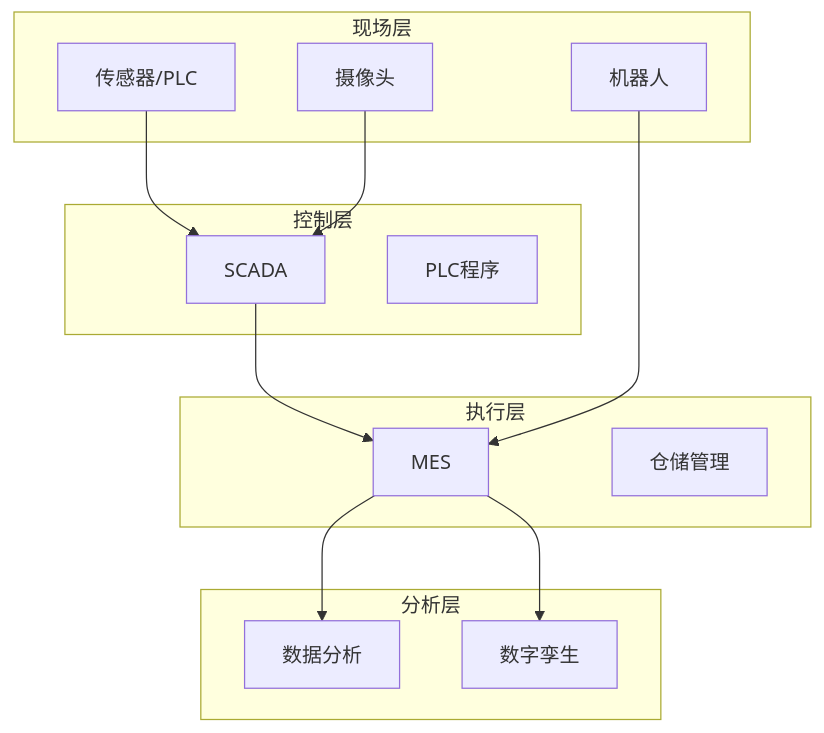
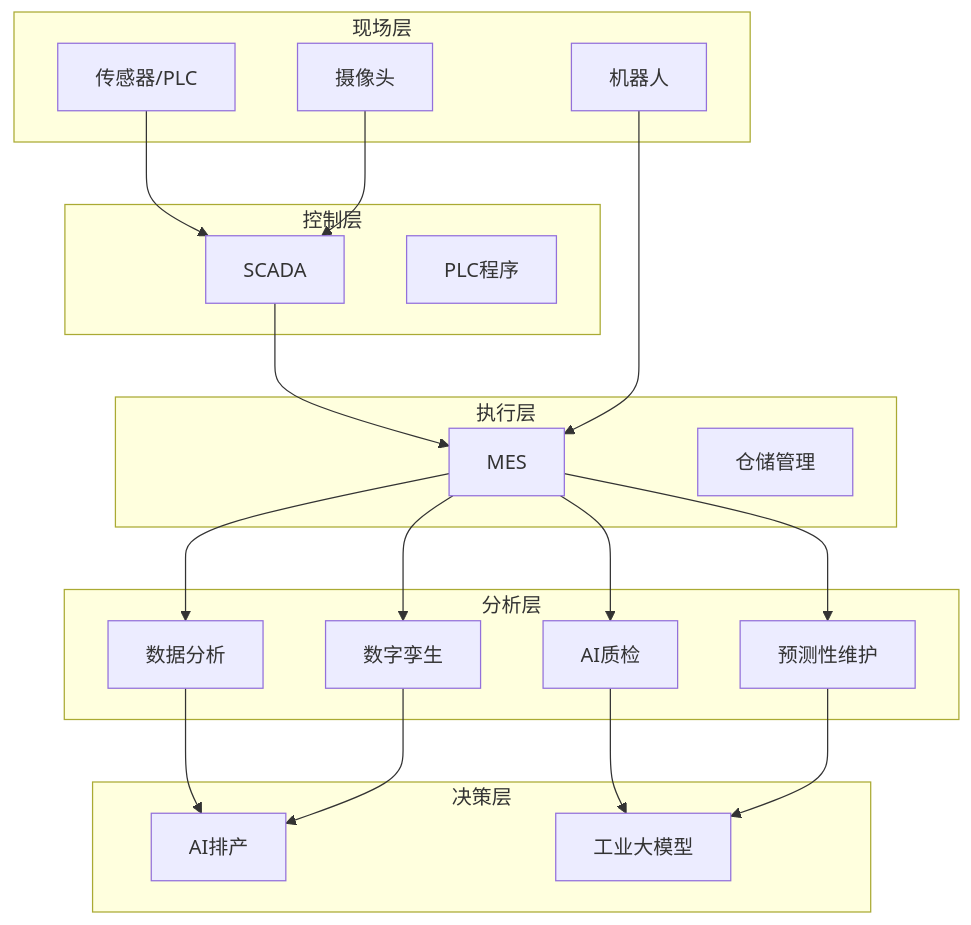
The diagram in 08_数字化与自动化/README.md (Kevinhanmin/sipai-knowledge-base), drawn with Mermaid before and after one commit. The commit also changed other lines of this file and 3 other files, not shown here.

````diff
--- a/08_数字化与自动化/README.md
+++ b/08_数字化与自动化/README.md
@@ -22,26 +24,38 @@
 ```mermaid
 graph TB
     subgraph 现场层
         S[传感器/PLC]
         R[机器人]
         C[摄像头]
     end
     subgraph 控制层
         SCADA
         PLC_P[PLC程序]
     end
     subgraph 执行层
         MES
         WMS[仓储管理]
     end
     subgraph 分析层
+        AI_QC[AI质检]
+        AI_PM[预测性维护]
         BI[数据分析]
         DT[数字孪生]
+    end
+    subgraph 决策层
+        AI_PS[AI排产]
+        AI_LLM[工业大模型]
     end
     S --> SCADA
     C --> SCADA
     SCADA --> MES
+    MES --> AI_QC
+    MES --> AI_PM
     MES --> BI
     MES --> DT
     R --> MES
+    BI --> AI_PS
+    DT --> AI_PS
+    AI_QC --> AI_LLM
+    AI_PM --> AI_LLM
 ```
````
